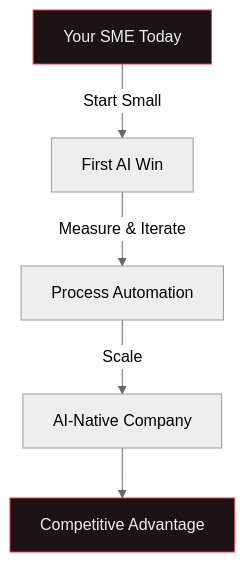
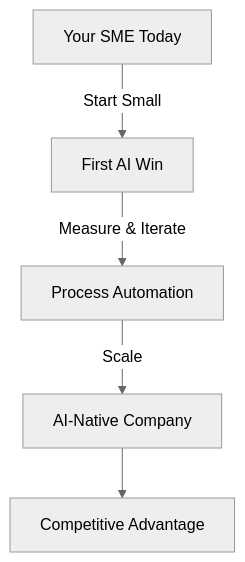
The seventh of 7 diagrams in posts/ai-for-sme.md (Toastaspiring/Portfolio2026), drawn with Mermaid (neutral theme) before and after one commit. The commit also changed 7 other files, not shown here.

First line of the commit message:
feat: light mode, mermaid themes, favicon, meta tags, easter eggs theme-aware

````diff
--- a/posts/ai-for-sme.md
+++ b/posts/ai-for-sme.md
@@ -211,10 +211,8 @@
 ```mermaid
 graph TD
     A[Your SME Today] -->|Start Small| B[First AI Win]
     B -->|Measure & Iterate| C[Process Automation]
     C -->|Scale| D[AI-Native Company]
     D --> E[Competitive Advantage]
     
-    style A fill:#1a1214,stroke:#e63946,color:#f2eeef
-    style E fill:#1a1214,stroke:#e63946,color:#f2eeef
 ```
````
